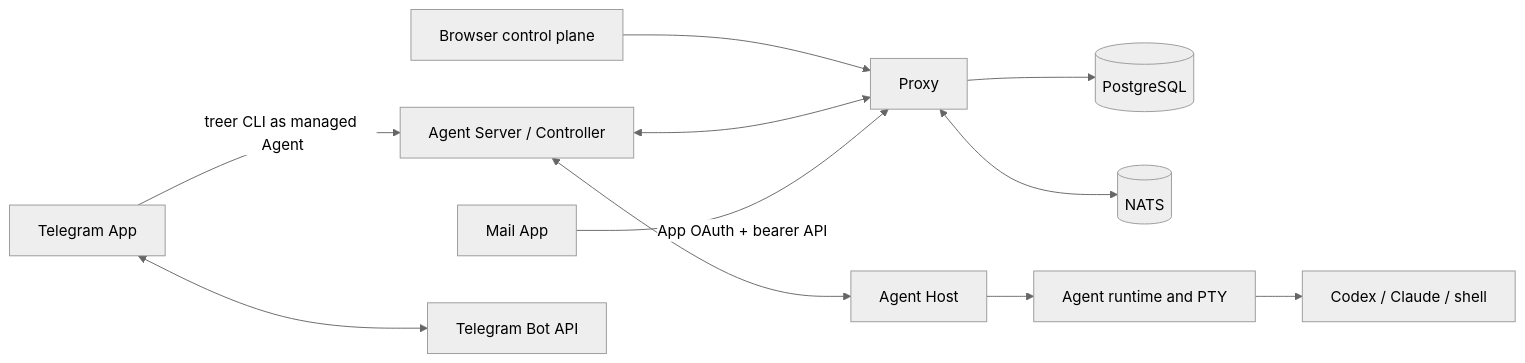
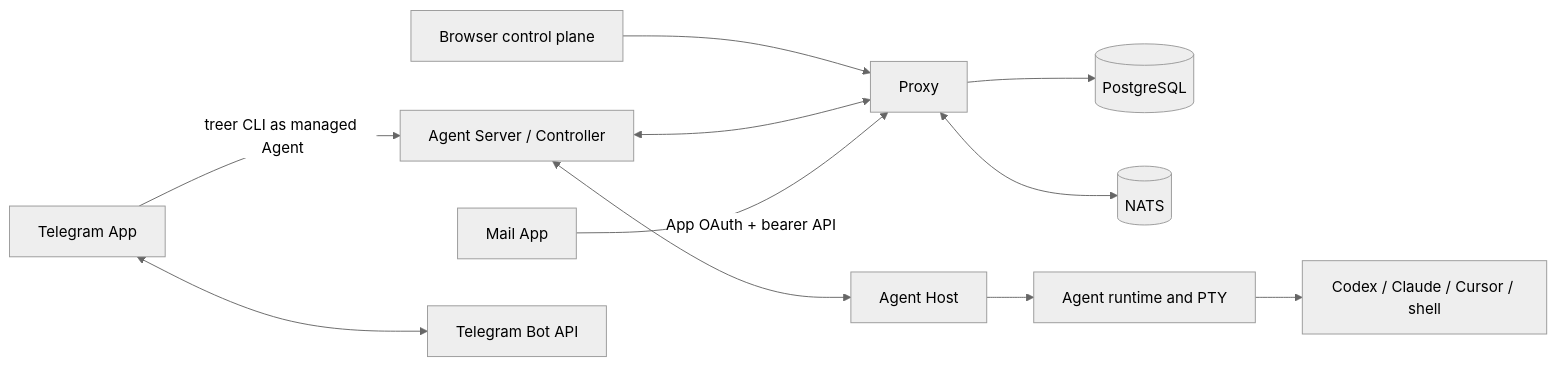
One commit to EvoEvolver/treer changed the diagram in docs/architecture.md. Above: the diagram before and after it, drawn with Mermaid (neutral theme). The commit also changed other lines of this file and 19 other files, not shown here.

````diff
--- a/docs/architecture.md
+++ b/docs/architecture.md
@@ -5,13 +5,13 @@
 ```mermaid
 flowchart LR
     Web[Browser control plane] --> Proxy[Proxy]
     Proxy --> DB[(PostgreSQL)]
     Proxy <--> NATS[(NATS)]
     Controller[Agent Server / Controller] <--> Proxy
     Controller <--> Host[Agent Host]
     Host --> Runtime[Agent runtime and PTY]
-    Runtime --> Agent[Codex / Claude / shell]
+    Runtime --> Agent[Codex / Claude / Cursor / shell]
     Mail[Mail App] -->|App OAuth + bearer API| Proxy
     Telegram[Telegram App] -->|treer CLI as managed Agent| Controller
     Telegram <--> TG[Telegram Bot API]
 ```
````
